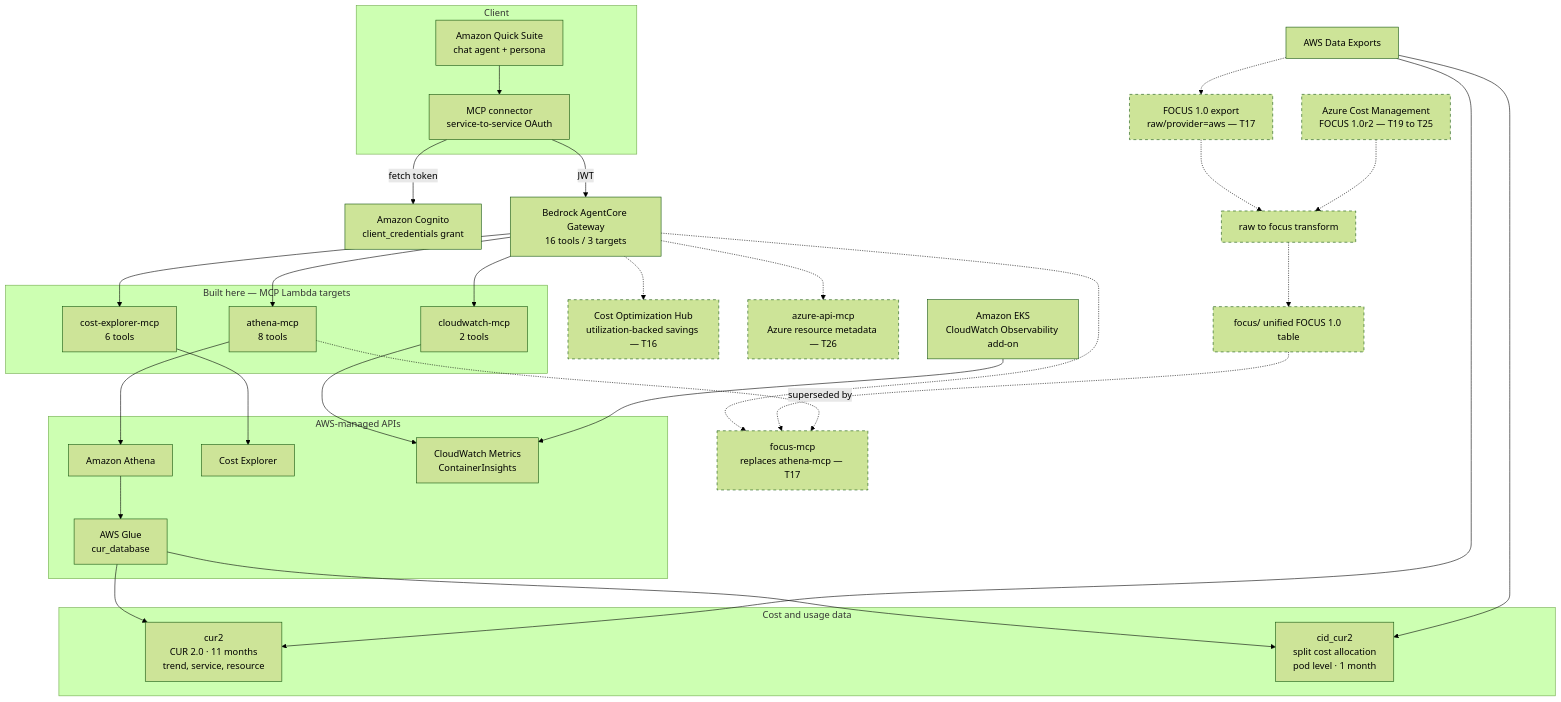
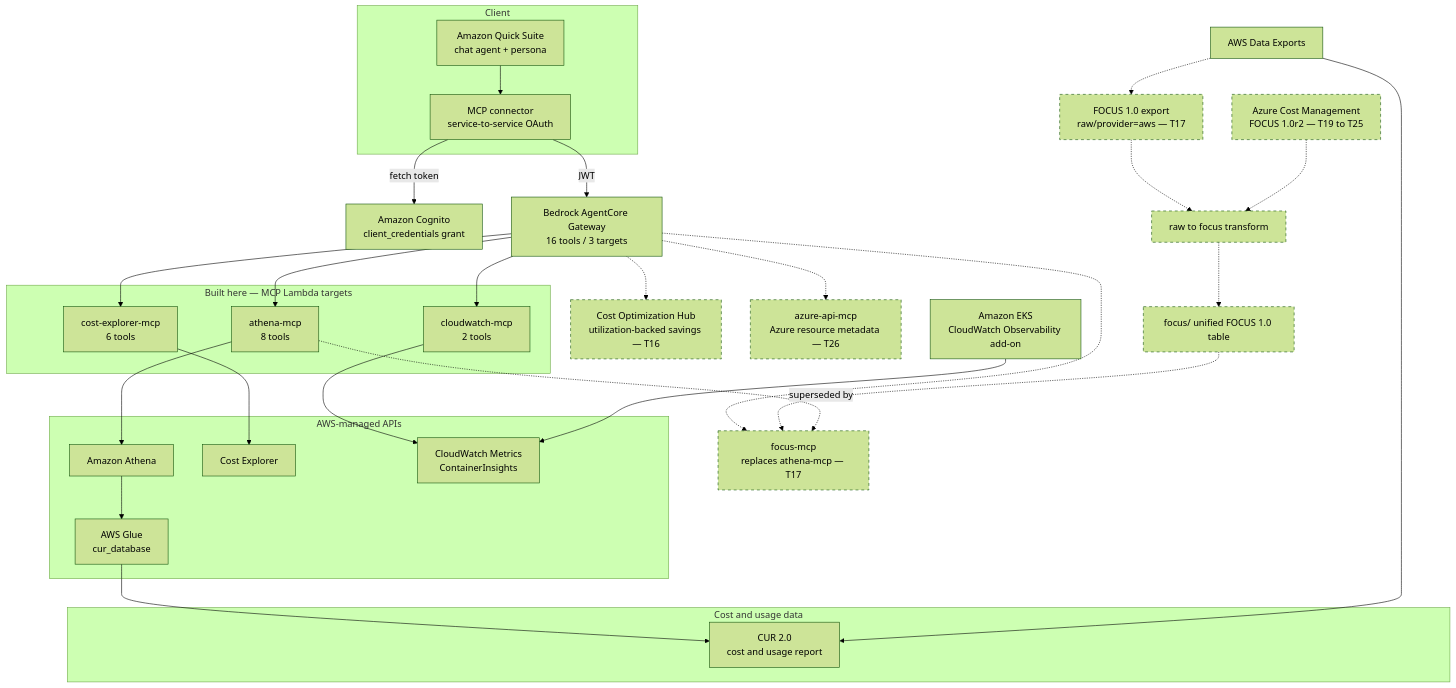
One commit to kahhaw9368/multicloud-finops-agent changed the diagram in .kiro/specs/multicloud-focus-agent/design.md. Above: the diagram before and after it, drawn with Mermaid (forest theme). The commit also changed other lines of this file and 1 other file, not shown here.

Commit message:
docs: Collapse CUR tables to one node in architecture diagram

````diff
--- a/.kiro/specs/multicloud-focus-agent/design.md
+++ b/.kiro/specs/multicloud-focus-agent/design.md
@@ -14,68 +14,65 @@
 ```mermaid
 flowchart TB
     subgraph client["Client"]
         QS["Amazon Quick Suite<br/>chat agent + persona"]
         CONN["MCP connector<br/>service-to-service OAuth"]
     end
 
     COG["Amazon Cognito<br/>client_credentials grant"]
     GW["Bedrock AgentCore Gateway<br/>16 tools / 3 targets"]
 
     subgraph built["Built here — MCP Lambda targets"]
         MA["athena-mcp<br/>8 tools"]
         MC["cost-explorer-mcp<br/>6 tools"]
         MW["cloudwatch-mcp<br/>2 tools"]
     end
 
     subgraph managed["AWS-managed APIs"]
         ATH["Amazon Athena"]
         GLUE["AWS Glue<br/>cur_database"]
         CE["Cost Explorer"]
         CWM["CloudWatch Metrics<br/>ContainerInsights"]
     end
 
     subgraph tables["Cost and usage data"]
-        T1["cur2<br/>CUR 2.0 · 11 months<br/>trend, service, resource"]
-        T2["cid_cur2<br/>split cost allocation<br/>pod level · 1 month"]
+        CURD["CUR 2.0<br/>cost and usage report"]
     end
 
     DE["AWS Data Exports"]
     EKS["Amazon EKS<br/>CloudWatch Observability add-on"]
 
     COH["Cost Optimization Hub<br/>utilization-backed savings — T16"]
     FM["focus-mcp<br/>replaces athena-mcp — T17"]
     FZ["focus/ unified FOCUS 1.0 table"]
     XF["raw to focus transform"]
     FA["FOCUS 1.0 export<br/>raw/provider=aws — T17"]
     FAZ["Azure Cost Management<br/>FOCUS 1.0r2 — T19 to T25"]
     AZM["azure-api-mcp<br/>Azure resource metadata — T26"]
 
     QS --> CONN
     CONN -->|"fetch token"| COG
     CONN -->|"JWT"| GW
     GW --> MA
     GW --> MC
     GW --> MW
     MA --> ATH
     ATH --> GLUE
-    GLUE --> T1
-    GLUE --> T2
+    GLUE --> CURD
     MC --> CE
     MW --> CWM
     EKS --> CWM
-    DE --> T1
-    DE --> T2
+    DE --> CURD
 
     GW -.-> COH
     GW -.-> FM
     GW -.-> AZM
     DE -.-> FA
     FA -.-> XF
     FAZ -.-> XF
     XF -.-> FZ
     FZ -.-> FM
     MA -.->|"superseded by"| FM
 
     classDef future stroke-dasharray: 5 5
     class COH,FM,FZ,XF,FA,FAZ,AZM future
 ```
````
